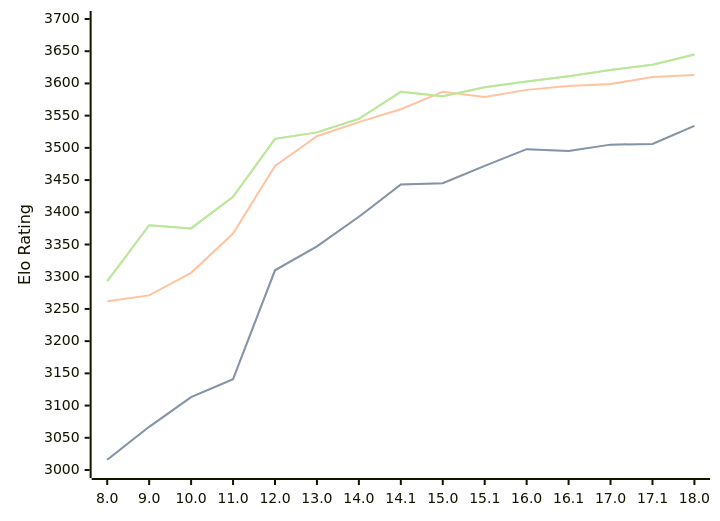
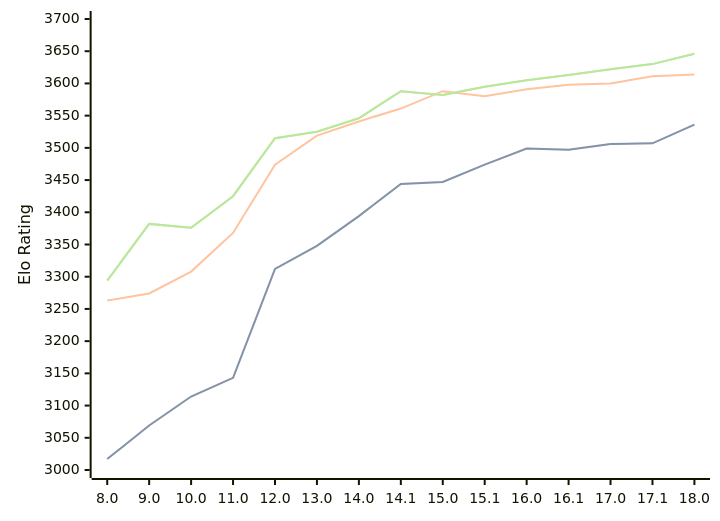
Before and after one commit to computer-chess-index/cci: the diagram in engines/Stockfish.md, drawn with Mermaid. The commit also changed other lines of this file, not shown here.

Commit message:
Update CCI Ratings (ELO VLTC) - 2026-03-29

````diff
--- a/engines/Stockfish.md
+++ b/engines/Stockfish.md
@@ -46,11 +46,11 @@
 ```mermaid
 %%{init: {"theme":"base","themeVariables":{"seriesColors:['#a3a3a3','#222221','#faa371']}}}%%
 xychart-beta
   x-axis ["8.0", "9.0", "10.0", "11.0", "12.0", "13.0", "14.0", "14.1", "15.0", "15.1", "16.0", "16.1", "17.0", "17.1", "18.0"]
   y-axis "Elo Rating" 3000 --> 3700
-  line "STC (8.0+0.08s)" [3016, 3067, 3113, 3141, 3310, 3347, 3393, 3443, 3445, 3472, 3498, 3495, 3505, 3506, 3534]
-  line "STC (8.0+0.08s)" [3016, 3067, 3113, 3141, 3310, 3347, 3393, 3443, 3445, 3472, 3498, 3495, 3505, 3506, 3534]
-  line "LTC (60.0+0.60s)" [3262, 3271, 3306, 3367, 3472, 3518, 3540, 3560, 3587, 3579, 3590, 3596, 3599, 3610, 3613]
-  line "VLTC (2m24s+1.12s)" [3293, 3380, 3375, 3424, 3514, 3524, 3545, 3587, 3580, 3594, 3603, 3611, 3621, 3629, 3645]
-  line "VLTC (2m24s+1.12s)" [3293, 3380, 3375, 3424, 3514, 3524, 3545, 3587, 3580, 3594, 3603, 3611, 3621, 3629, 3645]
+  line "STC (8.0+0.08s)" [3017, 3069, 3114, 3143, 3312, 3348, 3394, 3444, 3447, 3474, 3499, 3497, 3506, 3507, 3536]
+  line "STC (8.0+0.08s)" [3017, 3069, 3114, 3143, 3312, 3348, 3394, 3444, 3447, 3474, 3499, 3497, 3506, 3507, 3536]
+  line "LTC (60.0+0.60s)" [3263, 3274, 3308, 3368, 3474, 3519, 3541, 3561, 3588, 3580, 3591, 3598, 3600, 3611, 3614]
+  line "VLTC (2m24s+1.12s)" [3294, 3382, 3376, 3425, 3515, 3525, 3546, 3588, 3582, 3595, 3605, 3613, 3622, 3630, 3646]
+  line "VLTC (2m24s+1.12s)" [3294, 3382, 3376, 3425, 3515, 3525, 3546, 3588, 3582, 3595, 3605, 3613, 3622, 3630, 3646]
 ```
````
